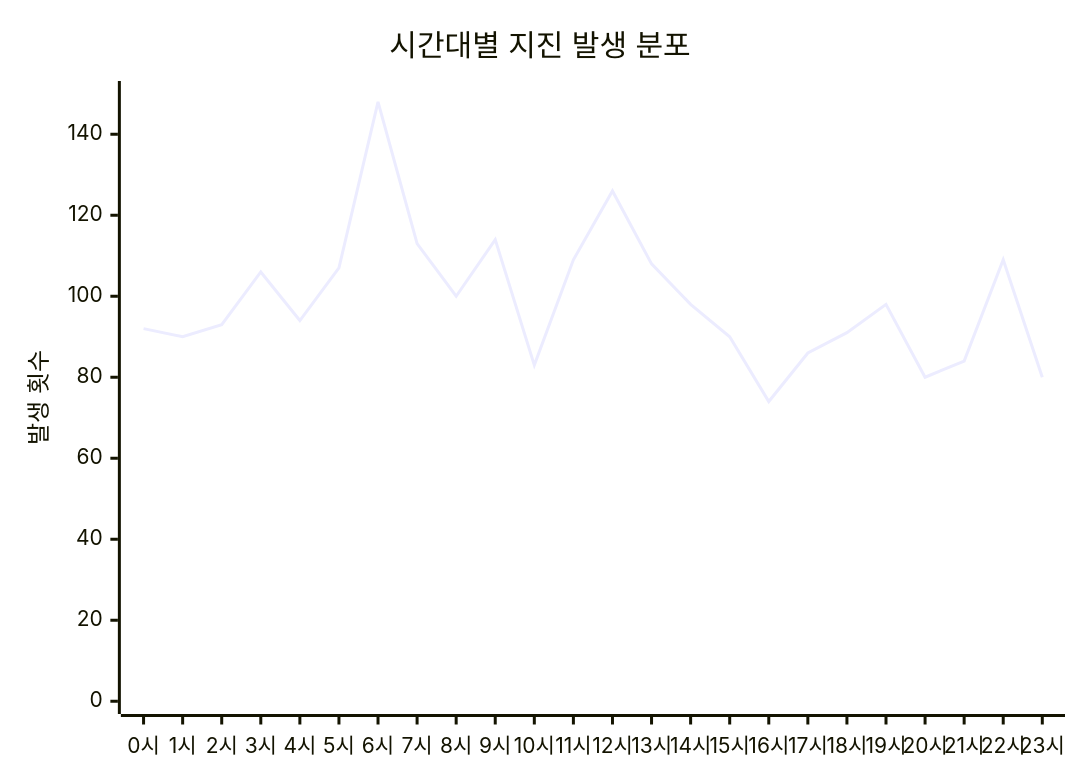
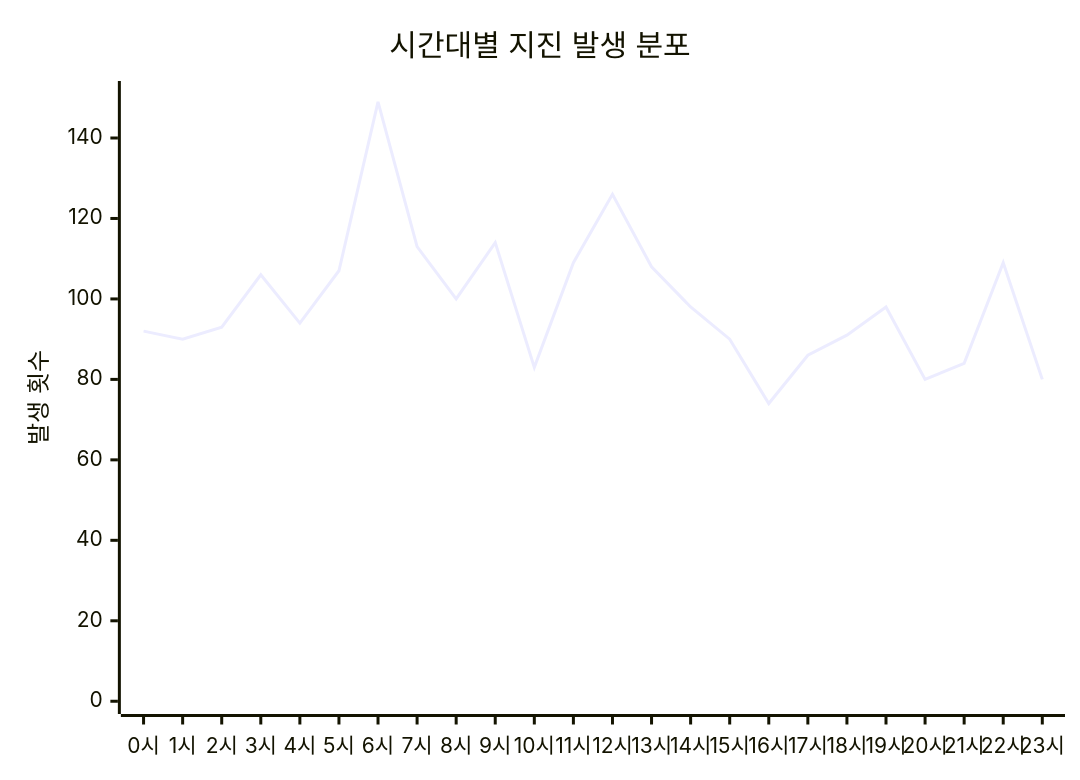
One commit to serendip811/japan-eq changed the diagram in charts/time-chart.md. Above: the diagram before and after it, drawn with Mermaid. The commit also changed other lines of this file and 5 other files, not shown here.

Commit message:
Update earthquake data and charts Sun Aug 17 07:04:00 UTC 2025

````diff
--- a/charts/time-chart.md
+++ b/charts/time-chart.md
@@ -3,7 +3,7 @@
 ```mermaid
 xychart-beta
     title "시간대별 지진 발생 분포"
     x-axis ["0시", "1시", "2시", "3시", "4시", "5시", "6시", "7시", "8시", "9시", "10시", "11시", "12시", "13시", "14시", "15시", "16시", "17시", "18시", "19시", "20시", "21시", "22시", "23시"]
-    y-axis "발생 횟수" 0 --> 150
-    line [92, 90, 93, 106, 94, 107, 148, 113, 100, 114, 83, 109, 126, 108, 98, 90, 74, 86, 91, 98, 80, 84, 109, 80]
+    y-axis "발생 횟수" 0 --> 151
+    line [92, 90, 93, 106, 94, 107, 149, 113, 100, 114, 83, 109, 126, 108, 98, 90, 74, 86, 91, 98, 80, 84, 109, 80]
 ```
````
